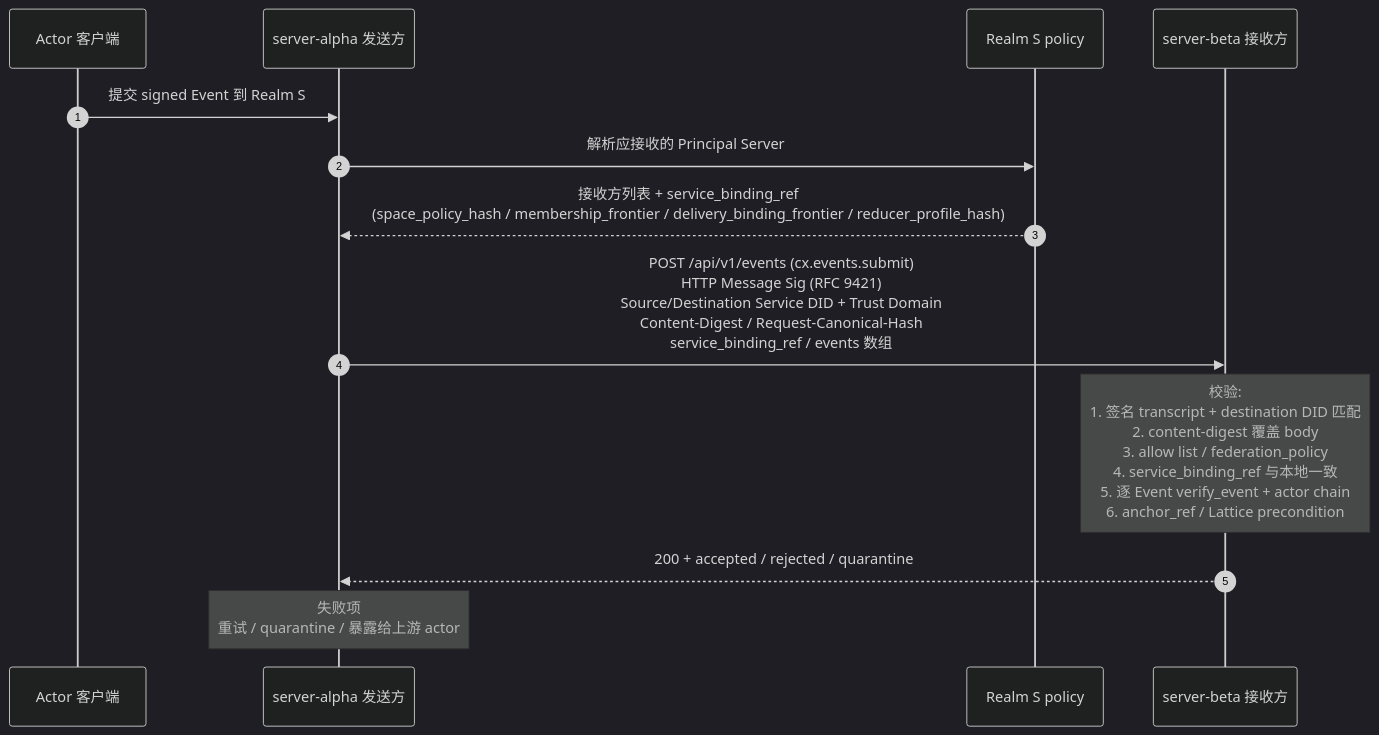
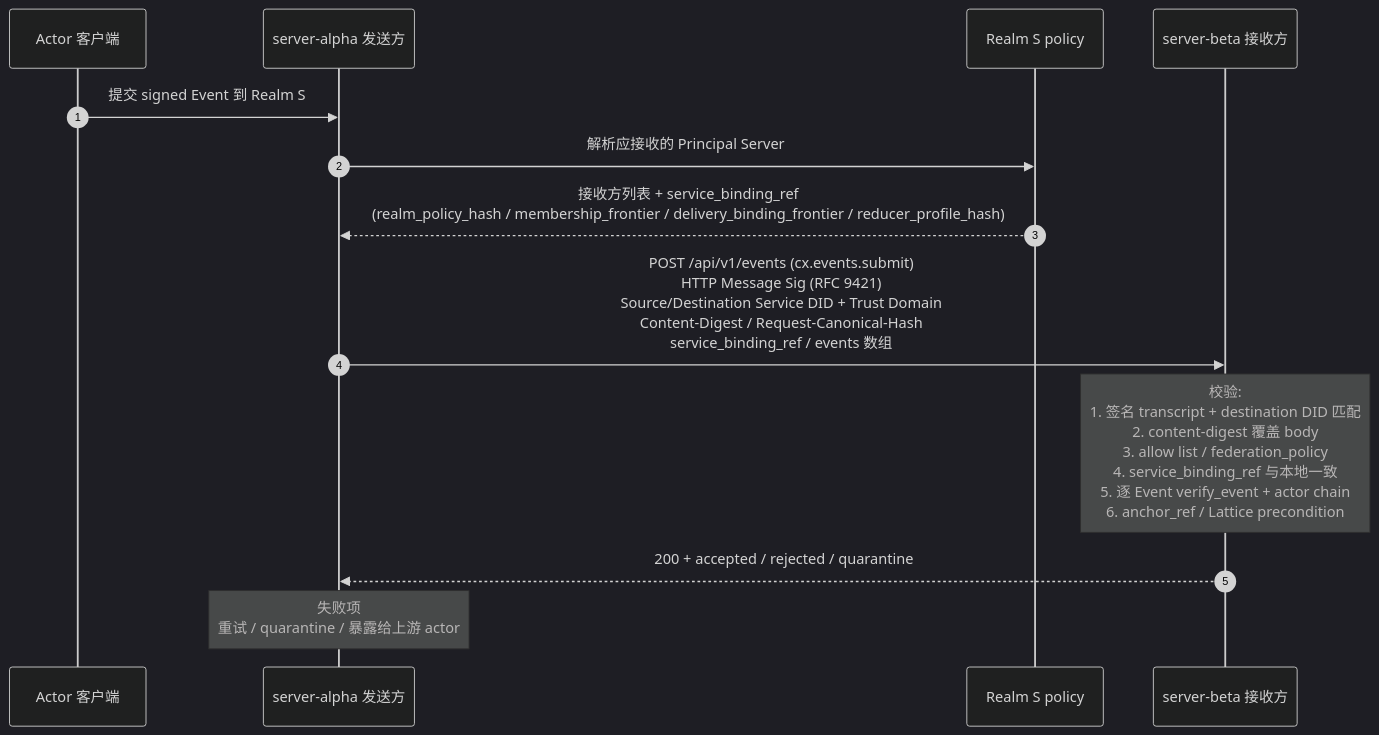
One commit to arkret-org/arkret-spec changed the diagram in spec/v1/zh/sync/federation.md. Above: the diagram before and after it, drawn with Mermaid (dark theme). The commit also changed other lines of this file and 16 other files, not shown here.

First line of the commit message:
Update service HTTP binding and surface specifications; introduce read cursor schema

````diff
--- a/spec/v1/zh/sync/federation.md
+++ b/spec/v1/zh/sync/federation.md
@@ -275,16 +287,16 @@
 ```mermaid
 sequenceDiagram
     autonumber
     participant Cli as Actor 客户端
     participant Alpha as server-alpha 发送方
     participant Pol as Realm S policy
     participant Beta as server-beta 接收方
 
     Cli->>Alpha: 提交 signed Event 到 Realm S
     Alpha->>Pol: 解析应接收的 Principal Server
-    Pol-->>Alpha: 接收方列表 + service_binding_ref<br>(space_policy_hash / membership_frontier / delivery_binding_frontier / reducer_profile_hash)
+    Pol-->>Alpha: 接收方列表 + service_binding_ref<br>(realm_policy_hash / membership_frontier / delivery_binding_frontier / reducer_profile_hash)
     Alpha->>Beta: POST /api/v1/events (cx.events.submit)<br>HTTP Message Sig (RFC 9421)<br>Source/Destination Service DID + Trust Domain<br>Content-Digest / Request-Canonical-Hash<br>service_binding_ref / events 数组
     note over Beta: 校验:<br>1. 签名 transcript + destination DID 匹配<br>2. content-digest 覆盖 body<br>3. allow list / federation_policy<br>4. service_binding_ref 与本地一致<br>5. 逐 Event verify_event + actor chain<br>6. anchor_ref / Lattice precondition
     Beta-->>Alpha: 200 + accepted / rejected / quarantine
     note over Alpha: 失败项<br>重试 / quarantine / 暴露给上游 actor
 ```
````
